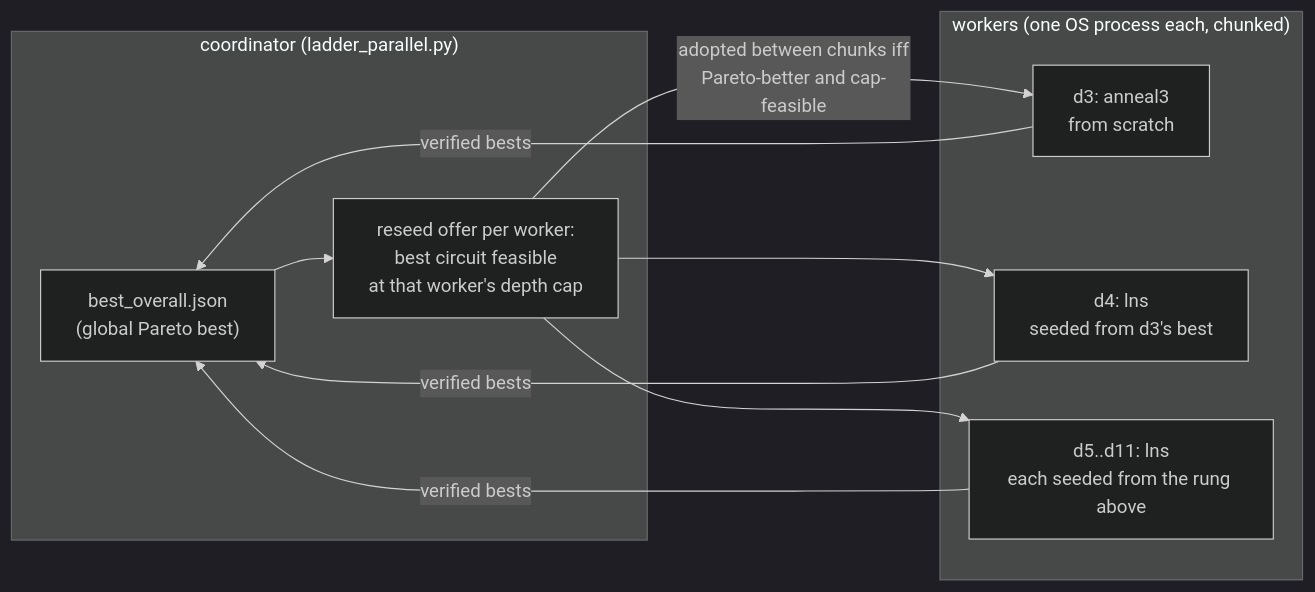
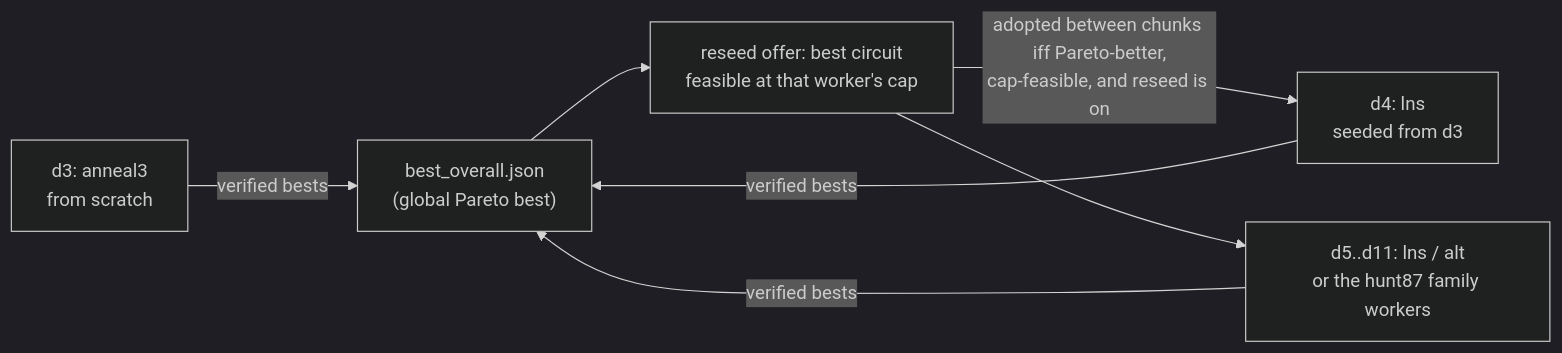
The second of 3 diagrams in METHODS.md (Joe-b-20/slp-plateau-search), drawn with Mermaid (dark theme) before and after one commit. The commit also changed other lines of this file and 432 other files, not shown here.

````diff
--- a/METHODS.md
+++ b/METHODS.md
@@ -122,19 +184,9 @@
 ```mermaid
 flowchart LR
-    subgraph C["coordinator (ladder_parallel.py)"]
-        BO["best_overall.json<br/>(global Pareto best)"]
-        RS["reseed offer per worker:<br/>best circuit feasible<br/>at that worker's depth cap"]
-    end
-    subgraph W["workers (one OS process each, chunked)"]
-        W1["d3: anneal3<br/>from scratch"]
-        W2["d4: lns<br/>seeded from d3's best"]
-        W3["d5..d11: lns<br/>each seeded from the rung above"]
-    end
-    W1 -- "verified bests" --> BO
-    W2 -- "verified bests" --> BO
-    W3 -- "verified bests" --> BO
-    BO --> RS
-    RS -- "adopted between chunks iff<br/>Pareto-better and cap-feasible" --> W1
-    RS --> W2
+    W1["d3: anneal3<br/>from scratch"] -- "verified bests" --> BO["best_overall.json<br/>(global Pareto best)"]
+    W2["d4: lns<br/>seeded from d3"] -- "verified bests" --> BO
+    W3["d5..d11: lns / alt<br/>or the hunt87 family workers"] -- "verified bests" --> BO
+    BO --> RS["reseed offer: best circuit<br/>feasible at that worker's cap"]
+    RS -- "adopted between chunks iff Pareto-better,<br/>cap-feasible, and reseed is on" --> W2
     RS --> W3
 ```
````
